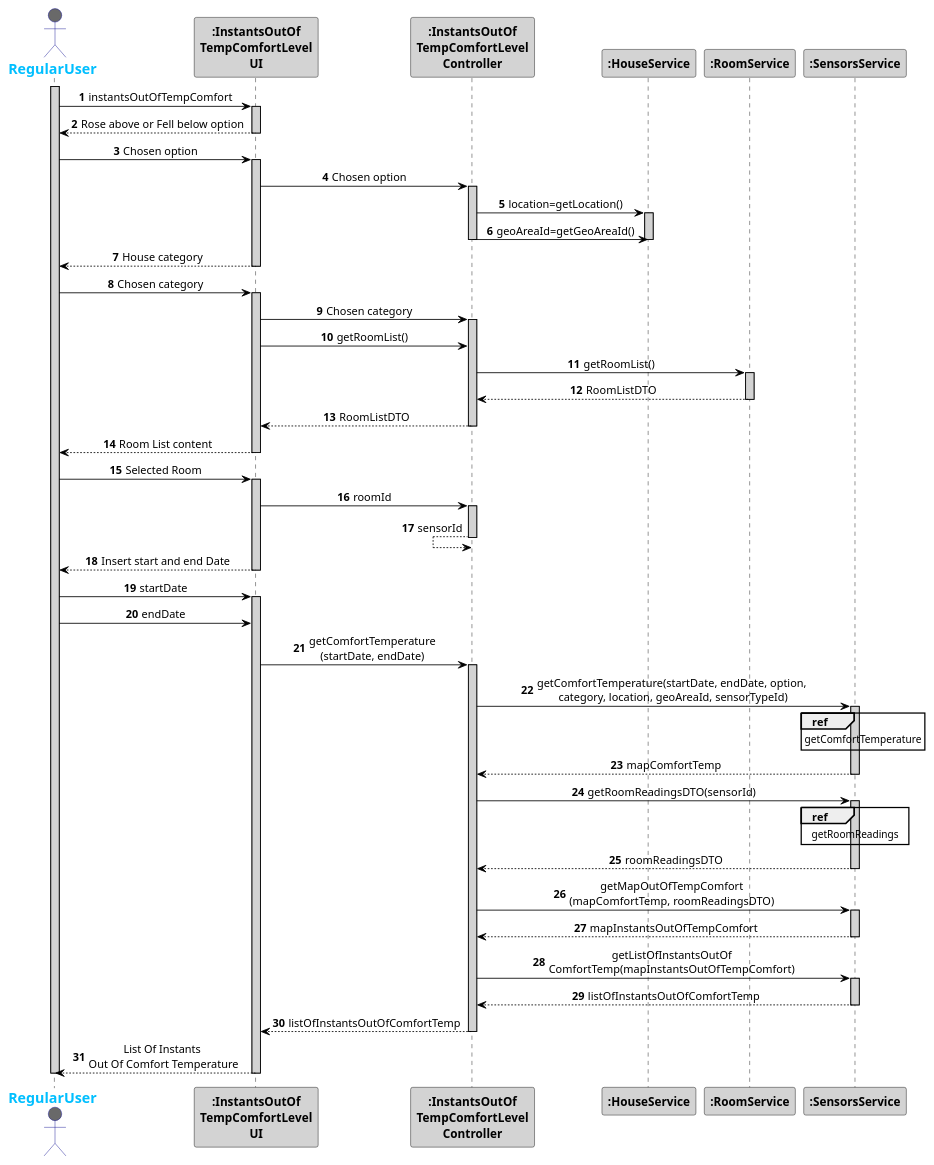
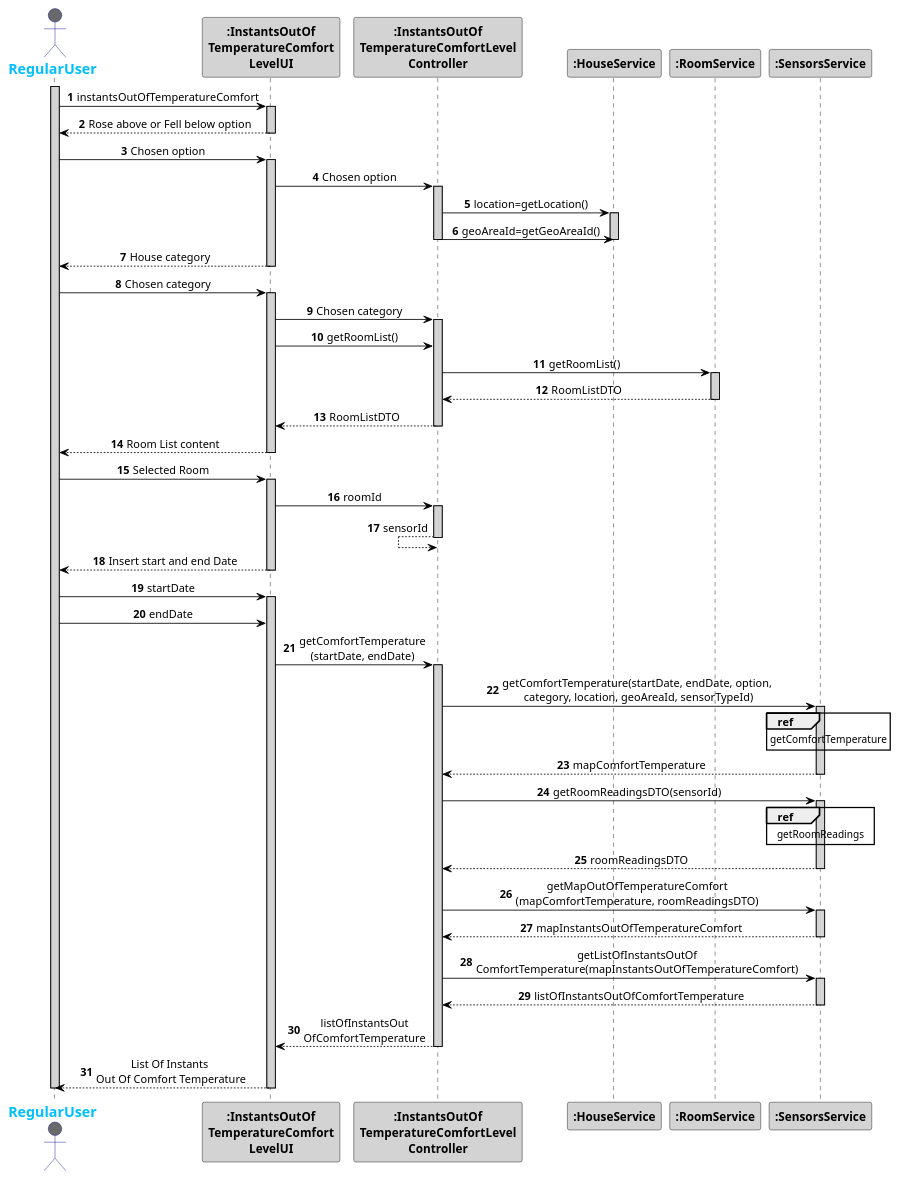
The diagram in src/main/java/pt/ipp/isep/dei/project/controllers/instantstempoutofcomfortlevelcontroller/SD_InstantsTempOutOfComfortLevel.puml (1181687/hateoasToy), drawn with PlantUML before and after one commit. The commit also changed 1 other file, not shown here.

Commit message:
Changes to Diagrams (replace temp and conf abbreviations) (addresses #223)

```diff
--- a/src/main/java/pt/ipp/isep/dei/project/controllers/instantstempoutofcomfortlevelcontroller/SD_InstantsTempOutOfComfortLevel.puml
+++ b/src/main/java/pt/ipp/isep/dei/project/controllers/instantstempoutofcomfortlevelcontroller/SD_InstantsTempOutOfComfortLevel.puml
@@ -1,94 +1,94 @@
 @startuml
 skinparam sequenceMessageAlign center
 skinparam sequence {
     ArrowColor Black
     ActorBorderColor DarkBlue
     LifeLineBorderColor black
     LifeLineBackgroundColor LightGrey
 
     ParticipantBorderColor Black
     ParticipantBackgroundColor LightGrey
     ParticipantFontStyle Bold
 
     ActorBackgroundColor DimGrey
     ActorFontColor DeepSkyBlue
     ActorFontStyle Bold
     ActorFontSize 17
     ActorFontName Aapex
 }
 
 autonumber
 actor RegularUser
 activate RegularUser
-RegularUser -> ":InstantsOutOf\nTempComfortLevel\nUI": instantsOutOfTempComfort
-activate ":InstantsOutOf\nTempComfortLevel\nUI"
-":InstantsOutOf\nTempComfortLevel\nUI" --> RegularUser: Rose above or Fell below option
-deactivate ":InstantsOutOf\nTempComfortLevel\nUI"
-RegularUser -> ":InstantsOutOf\nTempComfortLevel\nUI": Chosen option
-activate ":InstantsOutOf\nTempComfortLevel\nUI"
-":InstantsOutOf\nTempComfortLevel\nUI" -> ":InstantsOutOf\nTempComfortLevel\nController" : Chosen option
-activate ":InstantsOutOf\nTempComfortLevel\nController"
-":InstantsOutOf\nTempComfortLevel\nController" -> ":HouseService" : location=getLocation()
+RegularUser -> ":InstantsOutOf\nTemperatureComfort\nLevelUI": instantsOutOfTemperatureComfort
+activate ":InstantsOutOf\nTemperatureComfort\nLevelUI"
+":InstantsOutOf\nTemperatureComfort\nLevelUI" --> RegularUser: Rose above or Fell below option
+deactivate ":InstantsOutOf\nTemperatureComfort\nLevelUI"
+RegularUser -> ":InstantsOutOf\nTemperatureComfort\nLevelUI": Chosen option
+activate ":InstantsOutOf\nTemperatureComfort\nLevelUI"
+":InstantsOutOf\nTemperatureComfort\nLevelUI" -> ":InstantsOutOf\nTemperatureComfortLevel\nController" : Chosen option
+activate ":InstantsOutOf\nTemperatureComfortLevel\nController"
+":InstantsOutOf\nTemperatureComfortLevel\nController" -> ":HouseService" : location=getLocation()
 activate ":HouseService"
-":InstantsOutOf\nTempComfortLevel\nController" -> ":HouseService" : geoAreaId=getGeoAreaId()
+":InstantsOutOf\nTemperatureComfortLevel\nController" -> ":HouseService" : geoAreaId=getGeoAreaId()
 deactivate ":HouseService"
-deactivate ":InstantsOutOf\nTempComfortLevel\nController"
-":InstantsOutOf\nTempComfortLevel\nUI" --> RegularUser: House category
-deactivate ":InstantsOutOf\nTempComfortLevel\nUI"
-RegularUser -> ":InstantsOutOf\nTempComfortLevel\nUI": Chosen category
-activate ":InstantsOutOf\nTempComfortLevel\nUI"
-":InstantsOutOf\nTempComfortLevel\nUI" -> ":InstantsOutOf\nTempComfortLevel\nController" : Chosen category
-activate ":InstantsOutOf\nTempComfortLevel\nController"
-":InstantsOutOf\nTempComfortLevel\nUI" -> ":InstantsOutOf\nTempComfortLevel\nController" : getRoomList()
-":InstantsOutOf\nTempComfortLevel\nController" -> ":RoomService": getRoomList()
+deactivate ":InstantsOutOf\nTemperatureComfortLevel\nController"
+":InstantsOutOf\nTemperatureComfort\nLevelUI" --> RegularUser: House category
+deactivate ":InstantsOutOf\nTemperatureComfort\nLevelUI"
+RegularUser -> ":InstantsOutOf\nTemperatureComfort\nLevelUI":  Chosen category
+activate ":InstantsOutOf\nTemperatureComfort\nLevelUI"
+":InstantsOutOf\nTemperatureComfort\nLevelUI" -> ":InstantsOutOf\nTemperatureComfortLevel\nController" : Chosen category
+activate ":InstantsOutOf\nTemperatureComfortLevel\nController"
+":InstantsOutOf\nTemperatureComfort\nLevelUI" -> ":InstantsOutOf\nTemperatureComfortLevel\nController" : getRoomList()
+":InstantsOutOf\nTemperatureComfortLevel\nController" -> ":RoomService": getRoomList()
 activate ":RoomService"
-":InstantsOutOf\nTempComfortLevel\nController" <-- ":RoomService": RoomListDTO
+":InstantsOutOf\nTemperatureComfortLevel\nController" <-- ":RoomService": RoomListDTO
 deactivate ":RoomService"
-":InstantsOutOf\nTempComfortLevel\nUI" <-- ":InstantsOutOf\nTempComfortLevel\nController" : RoomListDTO
-deactivate ":InstantsOutOf\nTempComfortLevel\nController"
-RegularUser <-- ":InstantsOutOf\nTempComfortLevel\nUI" : Room List content
-deactivate ":InstantsOutOf\nTempComfortLevel\nUI"
-RegularUser -> ":InstantsOutOf\nTempComfortLevel\nUI":  Selected Room
-activate ":InstantsOutOf\nTempComfortLevel\nUI"
-":InstantsOutOf\nTempComfortLevel\nUI" -> ":InstantsOutOf\nTempComfortLevel\nController" : roomId
-activate ":InstantsOutOf\nTempComfortLevel\nController"
-":InstantsOutOf\nTempComfortLevel\nController" <-- ":InstantsOutOf\nTempComfortLevel\nController" : sensorId
-deactivate ":InstantsOutOf\nTempComfortLevel\nController"
-RegularUser <-- ":InstantsOutOf\nTempComfortLevel\nUI" : Insert start and end Date
-deactivate ":InstantsOutOf\nTempComfortLevel\nUI"
-RegularUser -> ":InstantsOutOf\nTempComfortLevel\nUI": startDate
-activate ":InstantsOutOf\nTempComfortLevel\nUI"
-RegularUser -> ":InstantsOutOf\nTempComfortLevel\nUI": endDate
-":InstantsOutOf\nTempComfortLevel\nUI" -> ":InstantsOutOf\nTempComfortLevel\nController" : getComfortTemperature\n(startDate, endDate)
-activate ":InstantsOutOf\nTempComfortLevel\nController"
-":InstantsOutOf\nTempComfortLevel\nController" -> ":SensorsService": getComfortTemperature(startDate, endDate, option,\n category, location, geoAreaId, sensorTypeId)
+":InstantsOutOf\nTemperatureComfort\nLevelUI" <-- ":InstantsOutOf\nTemperatureComfortLevel\nController" : RoomListDTO
+deactivate ":InstantsOutOf\nTemperatureComfortLevel\nController"
+RegularUser <-- ":InstantsOutOf\nTemperatureComfort\nLevelUI" : Room List content
+deactivate ":InstantsOutOf\nTemperatureComfort\nLevelUI"
+RegularUser -> ":InstantsOutOf\nTemperatureComfort\nLevelUI":  Selected Room
+activate ":InstantsOutOf\nTemperatureComfort\nLevelUI"
+":InstantsOutOf\nTemperatureComfort\nLevelUI" -> ":InstantsOutOf\nTemperatureComfortLevel\nController" : roomId
+activate ":InstantsOutOf\nTemperatureComfortLevel\nController"
+":InstantsOutOf\nTemperatureComfortLevel\nController" <-- ":InstantsOutOf\nTemperatureComfortLevel\nController" : sensorId
+deactivate ":InstantsOutOf\nTemperatureComfortLevel\nController"
+RegularUser <-- ":InstantsOutOf\nTemperatureComfort\nLevelUI" : Insert start and end Date
+deactivate ":InstantsOutOf\nTemperatureComfort\nLevelUI"
+RegularUser -> ":InstantsOutOf\nTemperatureComfort\nLevelUI": startDate
+activate ":InstantsOutOf\nTemperatureComfort\nLevelUI"
+RegularUser -> ":InstantsOutOf\nTemperatureComfort\nLevelUI":  endDate
+":InstantsOutOf\nTemperatureComfort\nLevelUI" -> ":InstantsOutOf\nTemperatureComfortLevel\nController" : getComfortTemperature\n(startDate, endDate)
+activate ":InstantsOutOf\nTemperatureComfortLevel\nController"
+":InstantsOutOf\nTemperatureComfortLevel\nController" -> ":SensorsService": getComfortTemperature(startDate, endDate, option,\n category, location, geoAreaId, sensorTypeId)
 activate ":SensorsService"
 ref over ":SensorsService"
 getComfortTemperature
 end
-":InstantsOutOf\nTempComfortLevel\nController" <-- ":SensorsService" : mapComfortTemp
+":InstantsOutOf\nTemperatureComfortLevel\nController" <-- ":SensorsService" : mapComfortTemperature
 deactivate ":SensorsService"
-":InstantsOutOf\nTempComfortLevel\nController" -> ":SensorsService": getRoomReadingsDTO(sensorId)
+":InstantsOutOf\nTemperatureComfortLevel\nController" -> ":SensorsService": getRoomReadingsDTO(sensorId)
 activate ":SensorsService"
 ref over ":SensorsService"
 getRoomReadings
 end
-":InstantsOutOf\nTempComfortLevel\nController" <-- ":SensorsService" : roomReadingsDTO
+":InstantsOutOf\nTemperatureComfortLevel\nController" <-- ":SensorsService" : roomReadingsDTO
 deactivate ":SensorsService"
-":InstantsOutOf\nTempComfortLevel\nController" -> ":SensorsService": getMapOutOfTempComfort\n(mapComfortTemp, roomReadingsDTO)
+":InstantsOutOf\nTemperatureComfortLevel\nController" -> ":SensorsService": getMapOutOfTemperatureComfort\n(mapComfortTemperature, roomReadingsDTO)
 activate ":SensorsService"
-":InstantsOutOf\nTempComfortLevel\nController" <-- ":SensorsService" : mapInstantsOutOfTempComfort
+":InstantsOutOf\nTemperatureComfortLevel\nController" <-- ":SensorsService" : mapInstantsOutOfTemperatureComfort
 deactivate ":SensorsService"
-":InstantsOutOf\nTempComfortLevel\nController" -> ":SensorsService": getListOfInstantsOutOf\nComfortTemp(mapInstantsOutOfTempComfort)
+":InstantsOutOf\nTemperatureComfortLevel\nController" -> ":SensorsService": getListOfInstantsOutOf\nComfortTemperature(mapInstantsOutOfTemperatureComfort)
 activate ":SensorsService"
-":InstantsOutOf\nTempComfortLevel\nController" <-- ":SensorsService" : listOfInstantsOutOfComfortTemp
+":InstantsOutOf\nTemperatureComfortLevel\nController" <-- ":SensorsService" : listOfInstantsOutOfComfortTemperature
 deactivate ":SensorsService"
-":InstantsOutOf\nTempComfortLevel\nUI" <-- ":InstantsOutOf\nTempComfortLevel\nController"  : listOfInstantsOutOfComfortTemp
-deactivate ":InstantsOutOf\nTempComfortLevel\nController"
-RegularUser <-- ":InstantsOutOf\nTempComfortLevel\nUI": List Of Instants \nOut Of Comfort Temperature
-deactivate ":InstantsOutOf\nTempComfortLevel\nUI"
+":InstantsOutOf\nTemperatureComfort\nLevelUI" <-- ":InstantsOutOf\nTemperatureComfortLevel\nController"  : listOfInstantsOut\nOfComfortTemperature
+deactivate ":InstantsOutOf\nTemperatureComfortLevel\nController"
+RegularUser <-- ":InstantsOutOf\nTemperatureComfort\nLevelUI":  List Of Instants \nOut Of Comfort Temperature
+deactivate ":InstantsOutOf\nTemperatureComfort\nLevelUI"
 deactivate RegularUser
 
 
 
 @enduml
```
